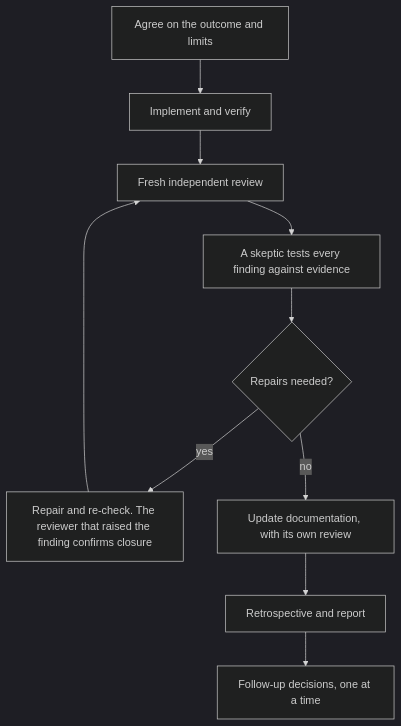
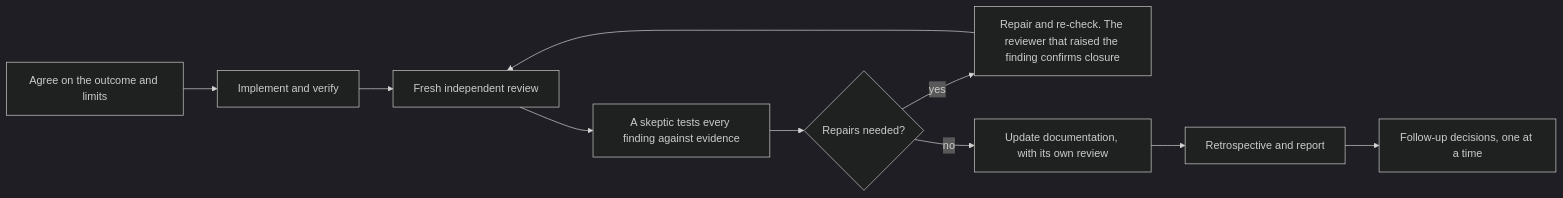
Before and after one commit to astenlund/nightshift: the diagram in README.md, drawn with Mermaid (dark theme).

Commit message:
docs(readme): lay out the workflow diagram horizontally

````diff
--- a/README.md
+++ b/README.md
@@ -21,12 +21,12 @@
 ```mermaid
-flowchart TD
+flowchart LR
     A["Agree on the outcome and limits"] --> B["Implement and verify"]
     B --> C["Fresh independent review"]
     C --> D["A skeptic tests every finding against evidence"]
     D --> E{"Repairs needed?"}
     E -->|yes| F["Repair and re-check. The reviewer that raised the finding confirms closure"]
     F --> C
     E -->|no| G["Update documentation, with its own review"]
     G --> H["Retrospective and report"]
     H --> I["Follow-up decisions, one at a time"]
 ```
````
